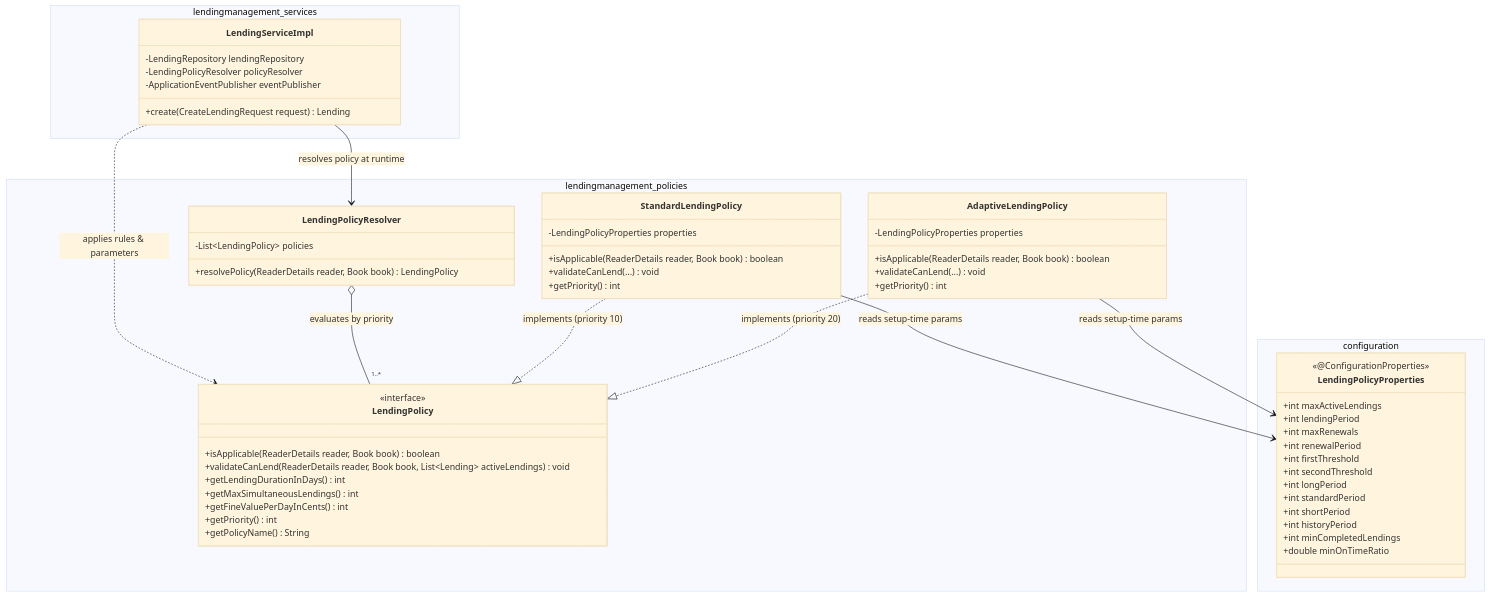
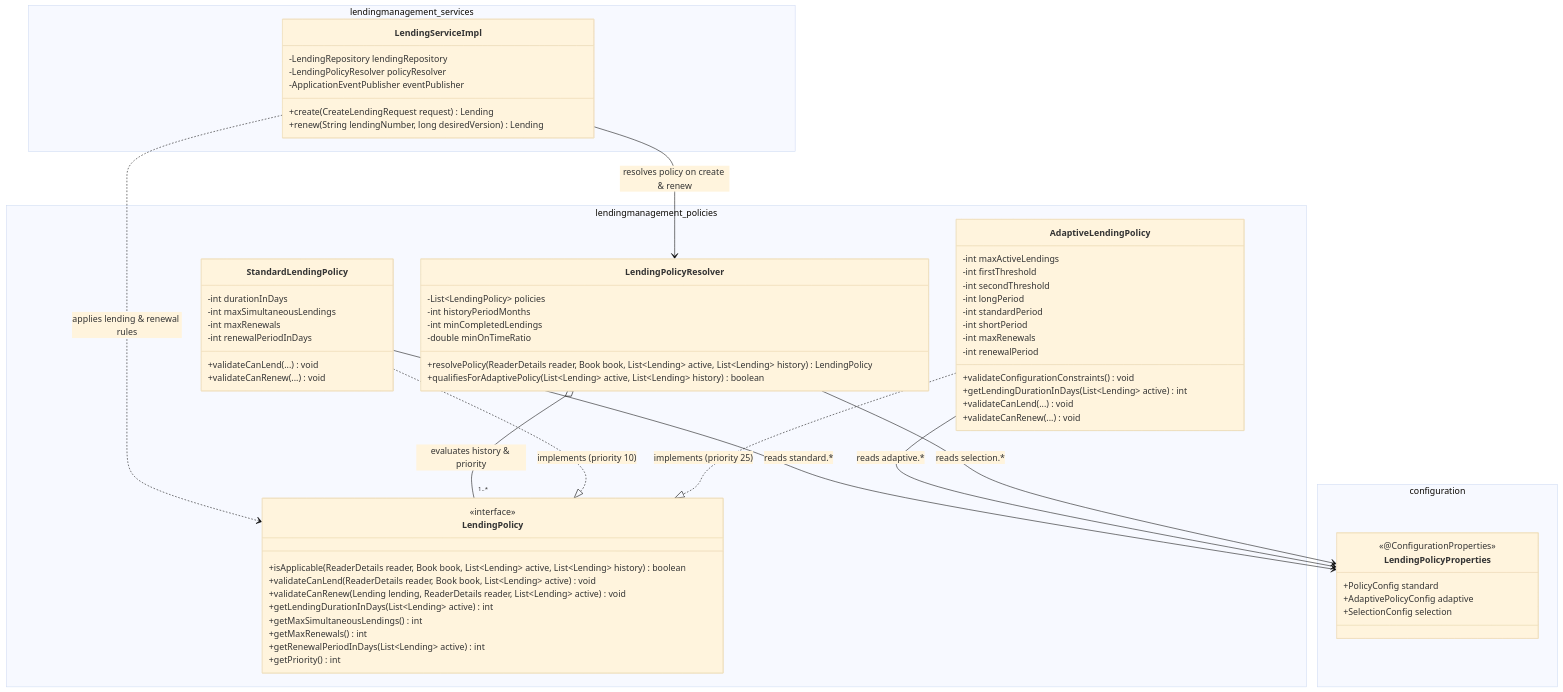
One commit to RafaelBrandao04/psoft-project-2026-1 changed the fourth of 5 diagrams in Docs/ARQSOFT/system-to-be/add-process.md. Above: the diagram before and after it, drawn with Mermaid (base theme). The commit also changed other lines of this file and 22 other files, not shown here.

````diff
--- a/Docs/ARQSOFT/system-to-be/add-process.md
+++ b/Docs/ARQSOFT/system-to-be/add-process.md
@@ -458,68 +460,76 @@
 ```mermaid
 classDiagram
     direction TB
 
     namespace lendingmanagement_services {
         class LendingServiceImpl {
             -LendingRepository lendingRepository
             -LendingPolicyResolver policyResolver
             -ApplicationEventPublisher eventPublisher
             +create(CreateLendingRequest request) Lending
+            +renew(String lendingNumber, long desiredVersion) Lending
         }
     }
 
     namespace lendingmanagement_policies {
         class LendingPolicyResolver {
             -List~LendingPolicy~ policies
-            +resolvePolicy(ReaderDetails reader, Book book) LendingPolicy
+            -int historyPeriodMonths
+            -int minCompletedLendings
+            -double minOnTimeRatio
+            +resolvePolicy(ReaderDetails reader, Book book, List~Lending~ active, List~Lending~ history) LendingPolicy
+            +qualifiesForAdaptivePolicy(List~Lending~ active, List~Lending~ history) boolean
         }
         class LendingPolicy {
             <<interface>>
-            +isApplicable(ReaderDetails reader, Book book) boolean
-            +validateCanLend(ReaderDetails reader, Book book, List~Lending~ activeLendings) void
-            +getLendingDurationInDays() int
+            +isApplicable(ReaderDetails reader, Book book, List~Lending~ active, List~Lending~ history) boolean
+            +validateCanLend(ReaderDetails reader, Book book, List~Lending~ active) void
+            +validateCanRenew(Lending lending, ReaderDetails reader, List~Lending~ active) void
+            +getLendingDurationInDays(List~Lending~ active) int
             +getMaxSimultaneousLendings() int
-            +getFineValuePerDayInCents() int
+            +getMaxRenewals() int
+            +getRenewalPeriodInDays(List~Lending~ active) int
             +getPriority() int
-            +getPolicyName() String
         }
         class StandardLendingPolicy {
-            -LendingPolicyProperties properties
-            +isApplicable(ReaderDetails reader, Book book) boolean
+            -int durationInDays
+            -int maxSimultaneousLendings
+            -int maxRenewals
+            -int renewalPeriodInDays
             +validateCanLend(...) void
-            +getPriority() int
+            +validateCanRenew(...) void
         }
         class AdaptiveLendingPolicy {
-            -LendingPolicyProperties properties
-            +isApplicable(ReaderDetails reader, Book book) boolean
+            -int maxActiveLendings
+            -int firstThreshold
+            -int secondThreshold
+            -int longPeriod
+            -int standardPeriod
+            -int shortPeriod
+            -int maxRenewals
+            -int renewalPeriod
+            +validateConfigurationConstraints() void
+            +getLendingDurationInDays(List~Lending~ active) int
             +validateCanLend(...) void
-            +getPriority() int
+            +validateCanRenew(...) void
         }
     }
 
     namespace configuration {
         class LendingPolicyProperties {
             <<@ConfigurationProperties>>
-            +int maxActiveLendings
-            +int lendingPeriod
-            +int maxRenewals
-            +int renewalPeriod
-            +int firstThreshold
-            +int secondThreshold
-            +int longPeriod
-            +int standardPeriod
-            +int shortPeriod
-            +int historyPeriod
-            +int minCompletedLendings
-            +double minOnTimeRatio
+            +PolicyConfig standard
+            +AdaptivePolicyConfig adaptive
+            +SelectionConfig selection
         }
     }
 
-    LendingServiceImpl --> LendingPolicyResolver : resolves policy at runtime
-    LendingServiceImpl ..> LendingPolicy : applies rules & parameters
-    LendingPolicyResolver o-- "1..*" LendingPolicy : evaluates by priority
+    LendingServiceImpl --> LendingPolicyResolver : resolves policy on create & renew
+    LendingServiceImpl ..> LendingPolicy : applies lending & renewal rules
+    LendingPolicyResolver o-- "1..*" LendingPolicy : evaluates history & priority
     StandardLendingPolicy ..|> LendingPolicy : implements (priority 10)
-    AdaptiveLendingPolicy ..|> LendingPolicy : implements (priority 20)
-    StandardLendingPolicy --> LendingPolicyProperties : reads setup-time params
-    AdaptiveLendingPolicy --> LendingPolicyProperties : reads setup-time params
+    AdaptiveLendingPolicy ..|> LendingPolicy : implements (priority 25)
+    StandardLendingPolicy --> LendingPolicyProperties : reads standard.*
+    AdaptiveLendingPolicy --> LendingPolicyProperties : reads adaptive.*
+    LendingPolicyResolver --> LendingPolicyProperties : reads selection.*
 ```
````
